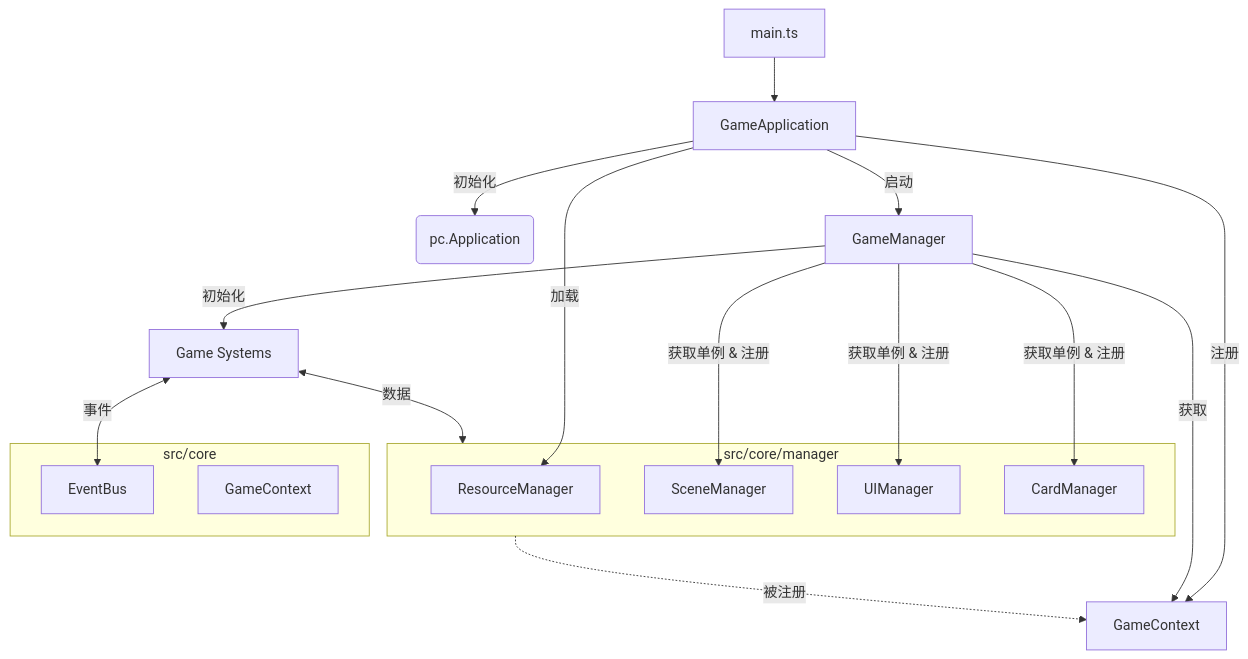
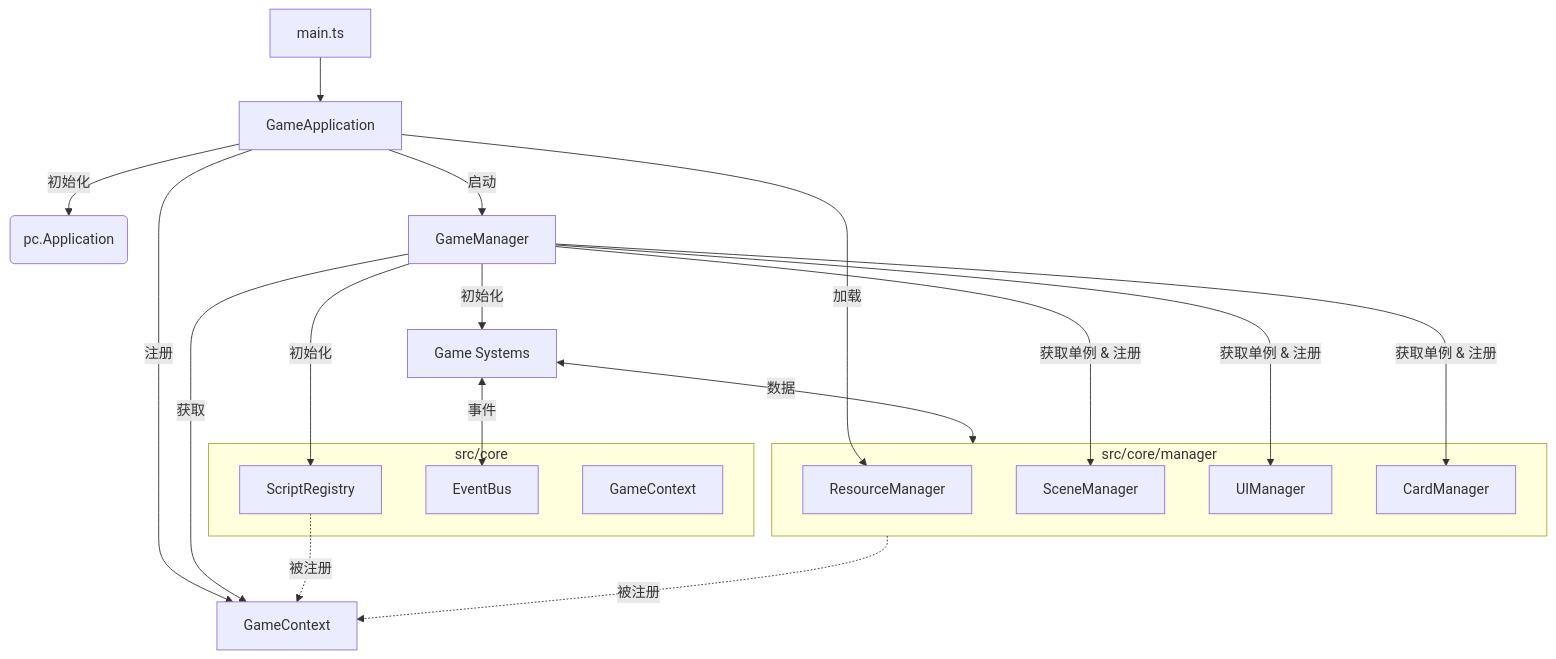
Before and after one commit to JuFireX/Study-Survival: the first of 2 diagrams in src/core/docs/ARCHITECTURE.md, drawn with Mermaid. The commit also changed other lines of this file and 13 other files, not shown here.

````diff
--- a/src/core/docs/ARCHITECTURE.md
+++ b/src/core/docs/ARCHITECTURE.md
@@ -5,31 +5,34 @@
 ```mermaid
 graph TD
     Main[main.ts] --> GameApp[GameApplication]
     GameApp --> |初始化| App(pc.Application)
     GameApp --> |注册| Context[GameContext]
 
     GameApp --> |加载| ResMgr[ResourceManager]
     GameApp --> |启动| GM[GameManager]
 
     GM --> |获取| Context
     GM --> |获取单例 & 注册| SceneMgr[SceneManager]
     GM --> |获取单例 & 注册| UIMgr[UIManager]
     GM --> |获取单例 & 注册| CardMgr[CardManager]
+    GM --> |初始化| ScriptReg[ScriptRegistry]
     GM --> |初始化| Systems[Game Systems]
 
     subgraph Managers [src/core/manager]
         ResMgr
         SceneMgr
         UIMgr
         CardMgr
     end
 
     subgraph Core [src/core]
         EventBus
         GameContext
+        ScriptReg[ScriptRegistry]
     end
 
     Systems <--> |事件| EventBus
     Systems <--> |数据| Managers
     Managers -.-> |被注册| Context
+    ScriptReg -.-> |被注册| Context
 ```
````
